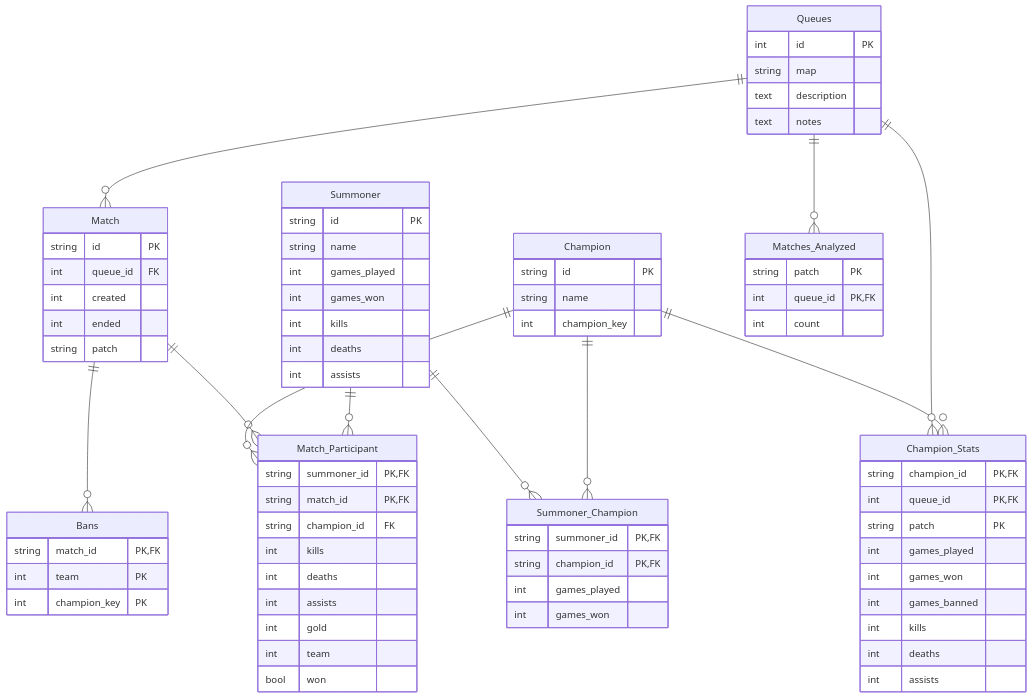
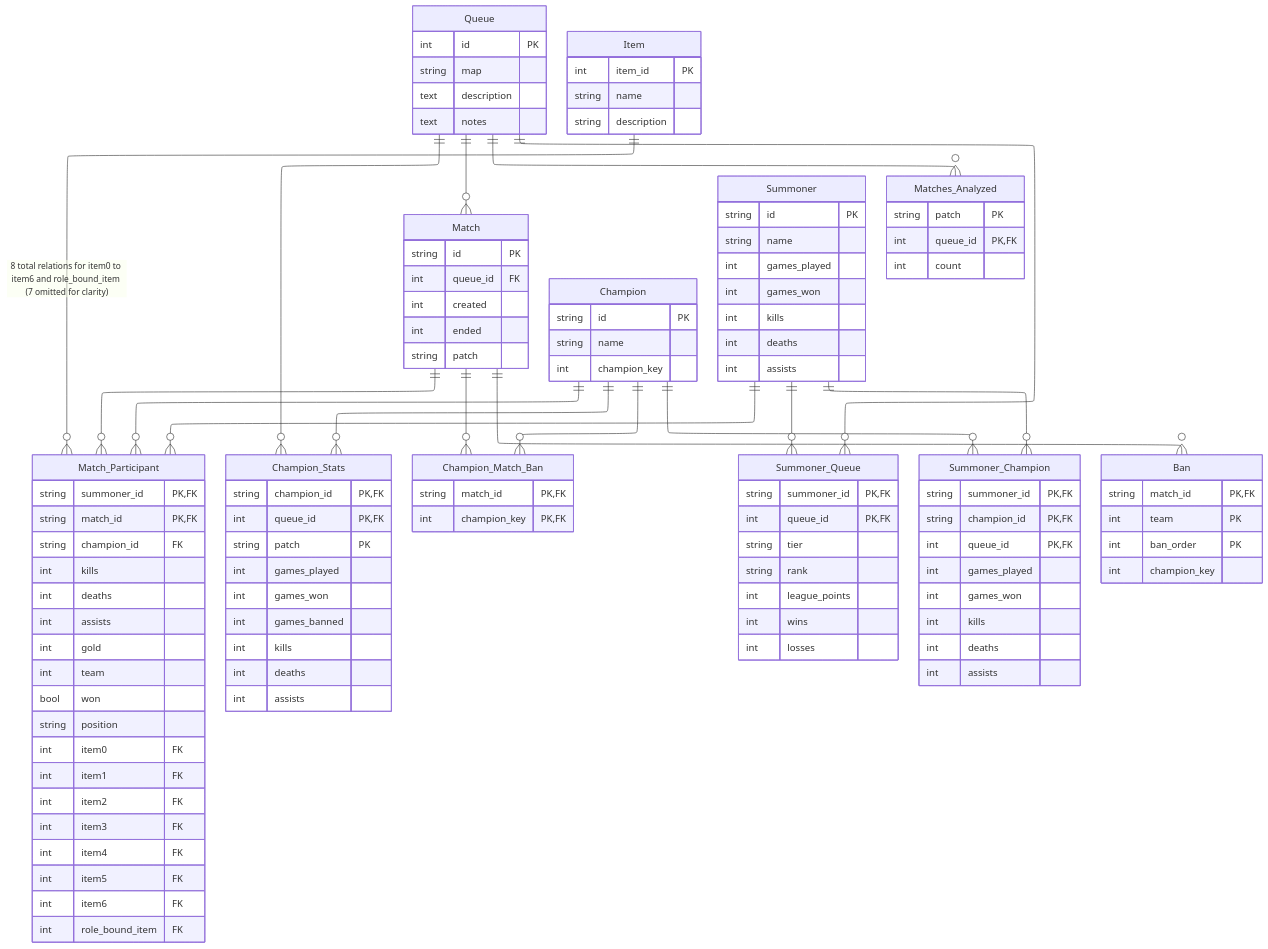
The diagram in specification/diagrams/Database.mmd (rutaji/loltracker), drawn with Mermaid before and after one commit. The commit also changed 3 other files, not shown here.

First line of the commit message:
Database schema and documentation update (#117)

```diff
--- a/specification/diagrams/Database.mmd
+++ b/specification/diagrams/Database.mmd
@@ -1,87 +1,130 @@
+---
+config:
+    layout: elk
+---
 erDiagram
 
    Match {
         string id PK
         int queue_id FK
         int created
         int ended
         string patch
     } 
 
     Match_Participant{
         string summoner_id PK,FK
         string match_id PK, FK
         string champion_id FK
         int kills
         int deaths
         int assists
         int gold
         int team
         bool won
-        
+        string position 
+        int item0 FK
+        int item1 FK
+        int item2 FK
+        int item3 FK
+        int item4 FK
+        int item5 FK
+        int item6 FK
+        int role_bound_item FK
     }
 
     Champion{
         string id PK
         string name 
         int champion_key
     }
 
     Champion_Stats{
         string champion_id PK, FK
         int queue_id PK, FK
         string patch PK
         int games_played 
         int games_won 
         int games_banned
         int kills
         int deaths
         int assists
     }
 
+    Champion_Match_Ban{
+        string match_id PK, FK
+        int champion_key PK, FK
+    }
+
     Summoner{
         string id PK
         string name
         int games_played
         int games_won
+        int kills
+        int deaths
+        int assists
+    }
+
+    Summoner_Queue{
+        string summoner_id PK, FK
+        int queue_id PK, FK
+        string tier
+        string rank
+        int league_points
+        int wins
+        int losses
+    }
+
+    Summoner_Champion{
+        string summoner_id PK, FK
+        string champion_id PK, FK
+        int queue_id PK, FK
+        int    games_played 
+        int    games_won
         int kills
         int deaths
         int assists
     }
 
     Matches_Analyzed{
         string patch PK
         int queue_id PK, FK
         int count
     }
 
-    Summoner_Champion{
-        string summoner_id PK, FK
-        string champion_id PK, FK
-        int    games_played 
-        int    games_won
-    }
-
-    Queues {
+    Queue {
         int id PK
         string map
         text description
         text notes
     }
 
-    Bans {
+    Ban {
         string match_id PK, FK
         int team PK
-        int champion_key PK
+        int ban_order PK
+        int champion_key
+    }
+
+    Item {
+        int item_id PK
+        string name
+        string description
     }
 
     Champion ||--o{ Summoner_Champion : ""
     Summoner ||--o{ Summoner_Champion : ""
     Summoner ||--o{ Match_Participant : ""
     Match ||--o{ Match_Participant : ""
     Champion ||--o{ Match_Participant : ""
     Champion ||--o{ Champion_Stats : ""
-    Queues ||--o{ Match : ""
-    Queues ||--o{ Champion_Stats : ""
-    Queues ||--o{ Matches_Analyzed : ""
-    Match ||--o{ Bans : ""
+    Queue ||--o{ Match : ""
+    Queue ||--o{ Champion_Stats : ""
+    Queue ||--o{ Matches_Analyzed : ""
+    Match ||--o{ Ban : ""
+    Match ||--o{ Champion_Match_Ban : ""
+    Champion ||--o{ Champion_Match_Ban : ""
+    Item ||--o{ Match_Participant : "8 total relations for item0 to item6 and role_bound_item (7 omitted for clarity)"
+    Summoner ||--o{ Summoner_Queue : ""
+    Queue ||--o{ Summoner_Queue : ""
```
